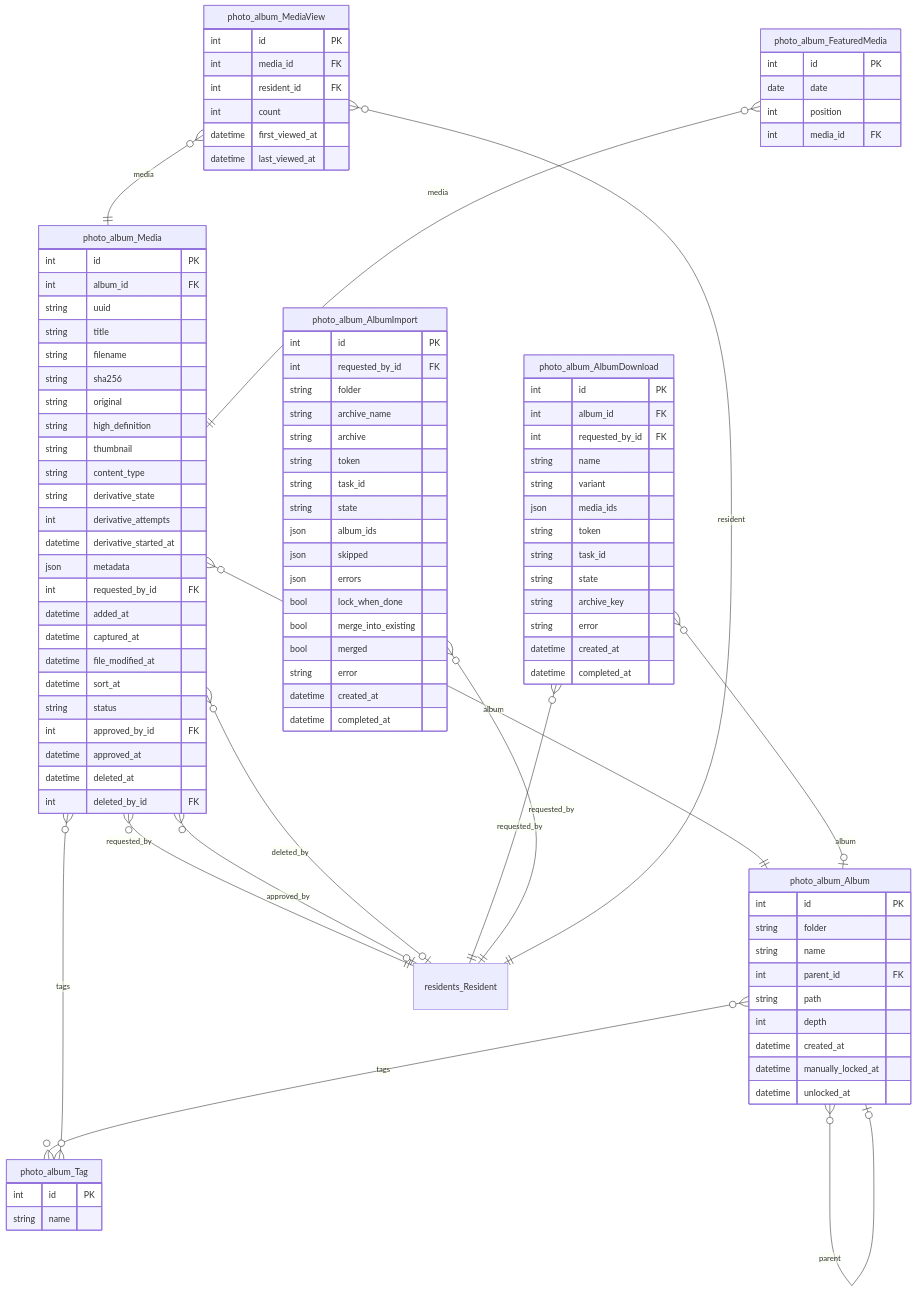
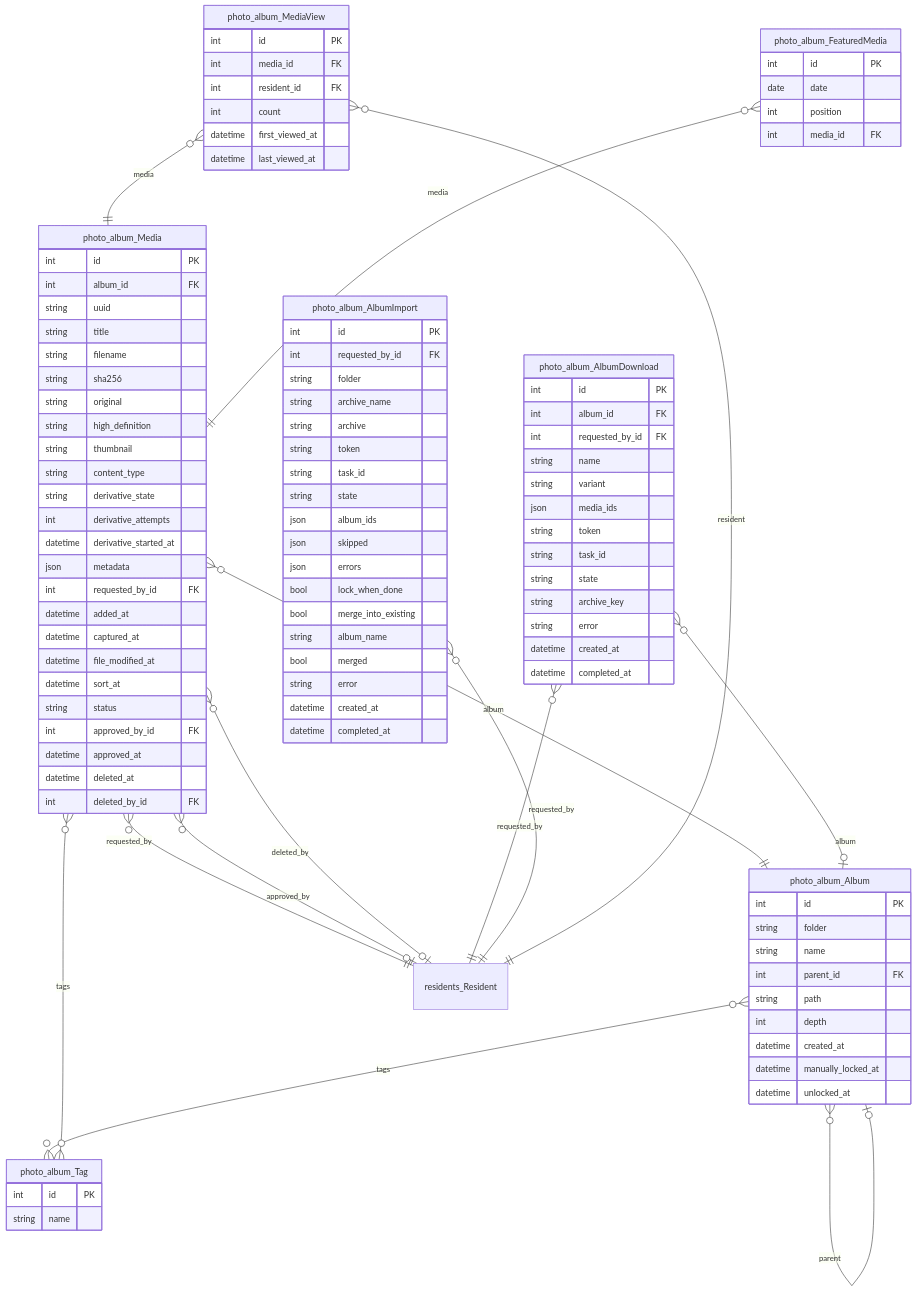
One commit to GAHK-org/gahk_intern changed diagram 11 of 15 in docs/erd.md. Above: the diagram before and after it, drawn with Mermaid. The commit also changed other lines of this file and 8 other files, not shown here.

First line of the commit message:
ZIP import: the system endpoint can pin the root album's name

```diff
--- a/docs/erd.md
+++ b/docs/erd.md
@@ -1340,6 +1341,7 @@
         json errors
         bool lock_when_done
         bool merge_into_existing
+        string album_name
         bool merged
         string error
         datetime created_at
```
